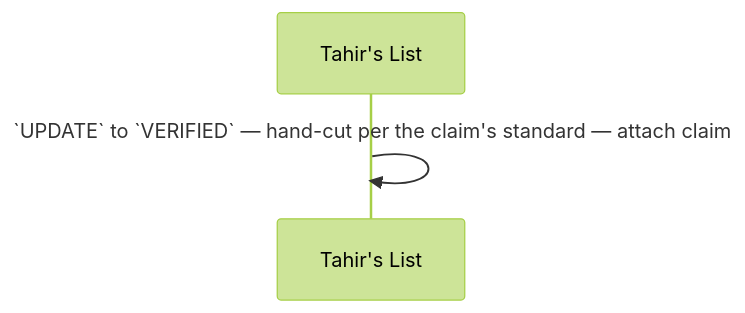
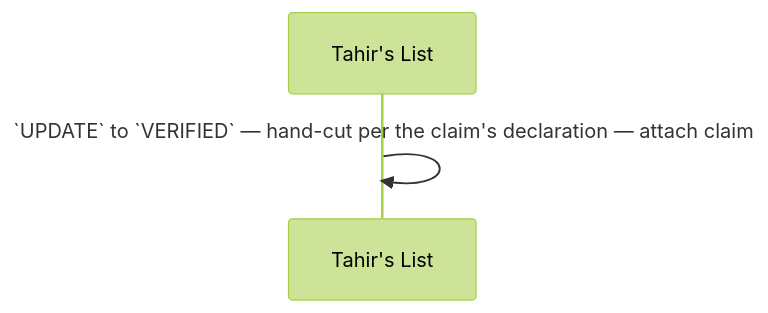
Before and after one commit to Losers-Lab/tahirs-list: the fourth of 7 diagrams in docs/features/SC-211/04-blackbox/UC-03-load-reviewed-batch.md, drawn with Mermaid (forest theme). The commit also changed other lines of this file and 16 other files, not shown here.

````diff
--- a/docs/features/SC-211/04-blackbox/UC-03-load-reviewed-batch.md
+++ b/docs/features/SC-211/04-blackbox/UC-03-load-reviewed-batch.md
@@ -38,5 +38,5 @@
 ```mermaid
 sequenceDiagram
   participant TL as Tahir's List
-  TL->>TL: `UPDATE` to `VERIFIED` — hand-cut per the claim's standard — attach claim
+  TL->>TL: `UPDATE` to `VERIFIED` — hand-cut per the claim's declaration — attach claim
 ```
````
